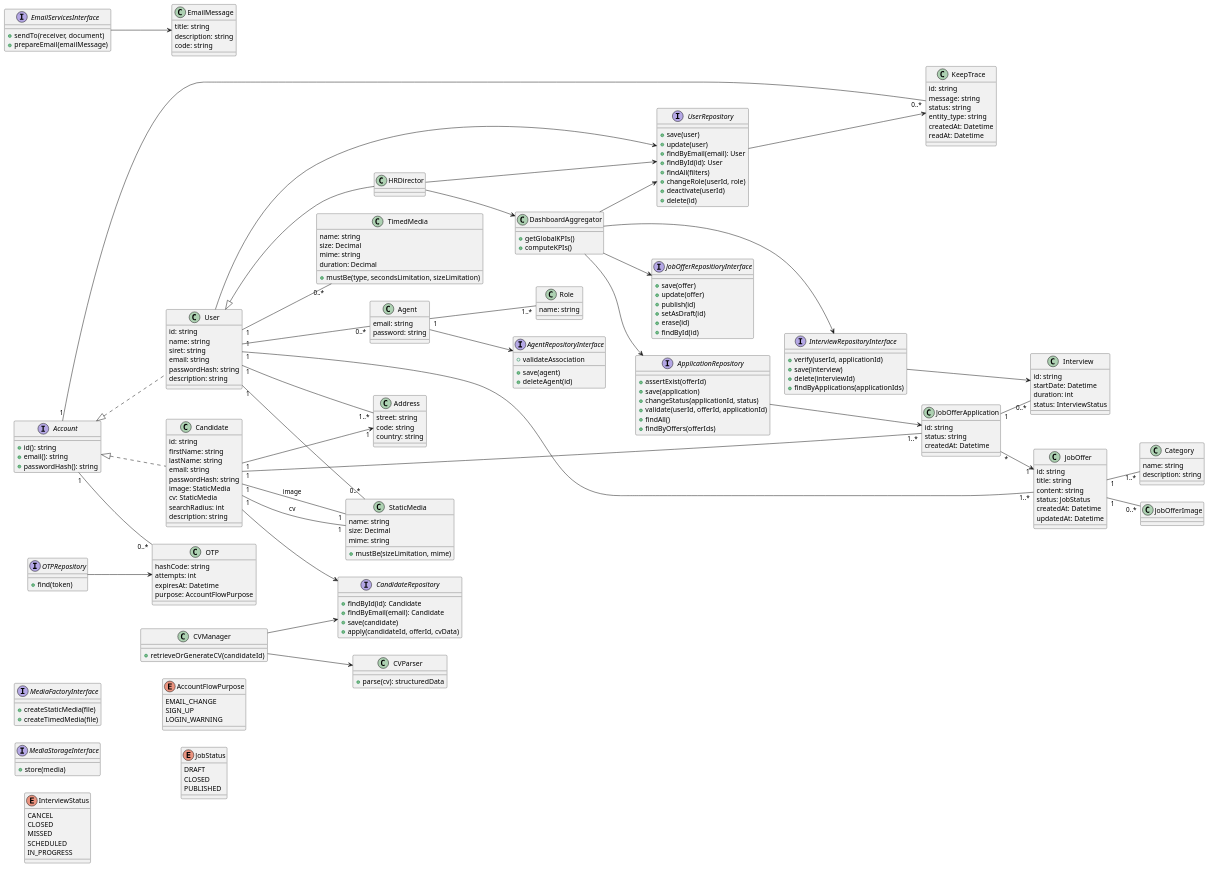
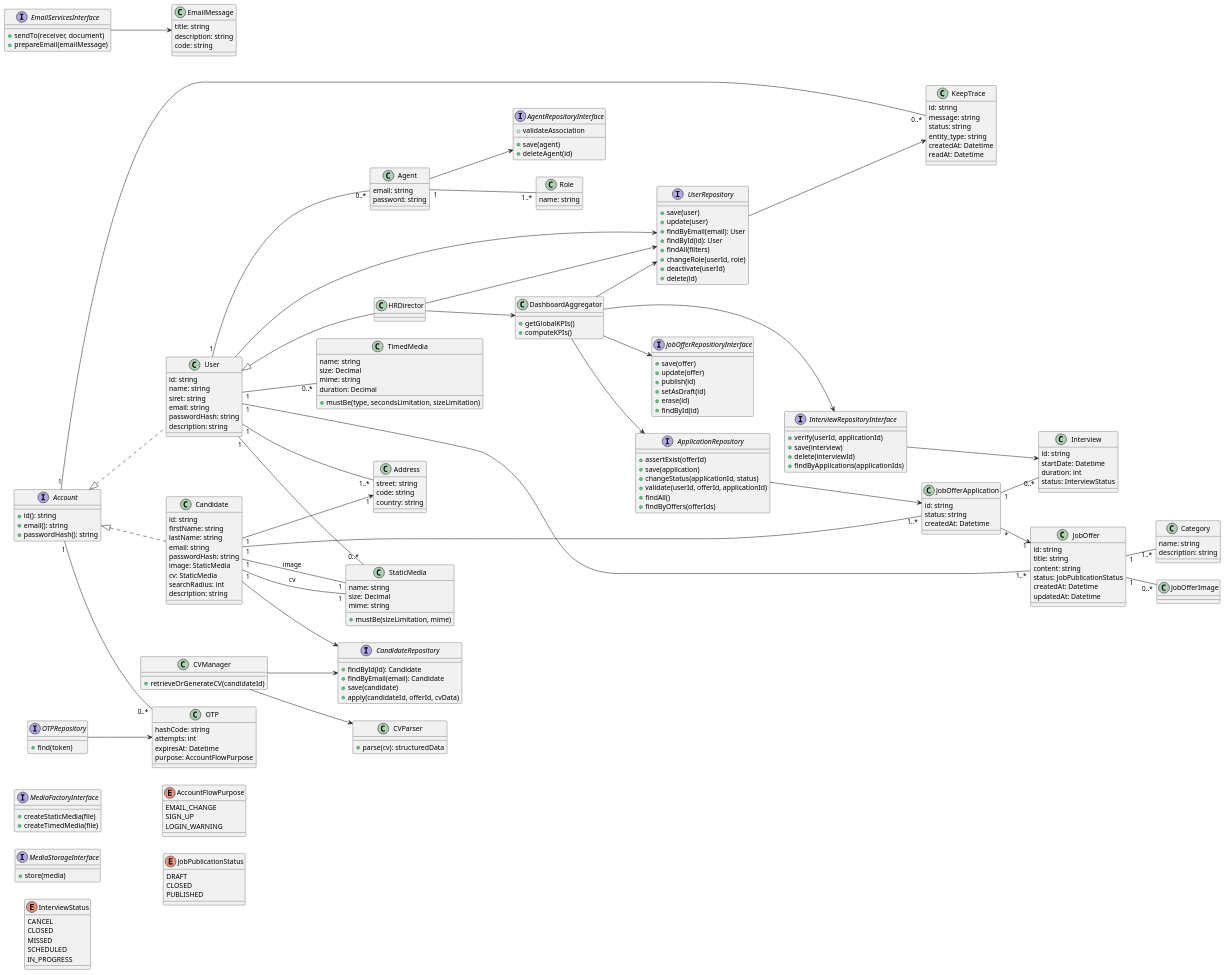
The diagram in backend/ressources/modeling/diagramme-class.puml (Spriggan-Team/HiringForge), drawn with PlantUML before and after one commit. The commit also changed 96 other files, not shown here.

```diff
--- a/backend/ressources/modeling/diagramme-class.puml
+++ b/backend/ressources/modeling/diagramme-class.puml
@@ -125,7 +125,7 @@
     id: string
     title: string
     content: string
-    status: JobStatus
+    status: JobPublicationStatus
     createdAt: Datetime
     updatedAt: Datetime
 }
@@ -301,11 +301,12 @@
 ' ENUM
 '========================
 
-enum JobStatus{
+enum JobPublicationStatus{
     DRAFT
     CLOSED
     PUBLISHED
 }
+
 
 '========================
 ' DASHBOARD (EXISTING LOGIC ONLY)
```
